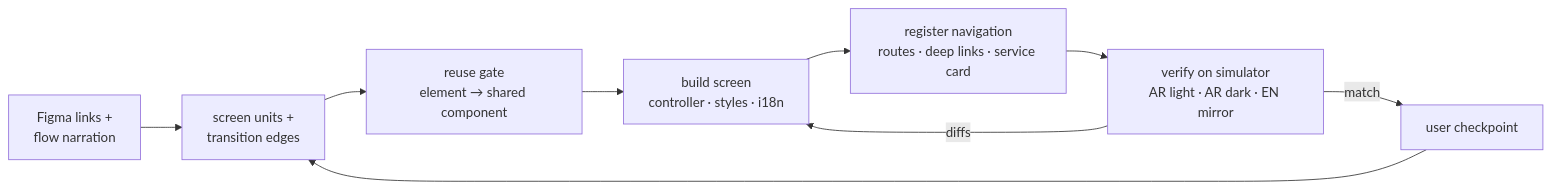
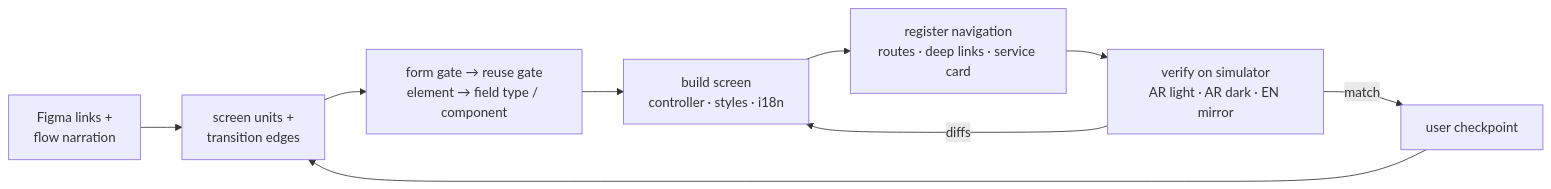
The second of 3 diagrams in README.md (Mkhira/react-clean-architecture), drawn with Mermaid before and after one commit. The commit also changed other lines of this file and 9 other files, not shown here.

````diff
--- a/README.md
+++ b/README.md
@@ -62,11 +62,11 @@
 ```mermaid
 flowchart LR
     A["Figma links +<br/>flow narration"] --> B["screen units +<br/>transition edges"]
-    B --> C["reuse gate<br/>element → shared component"]
+    B --> C["form gate → reuse gate<br/>element → field type / component"]
     C --> D["build screen<br/>controller · styles · i18n"]
     D --> E["register navigation<br/>routes · deep links · service card"]
     E --> F["verify on simulator<br/>AR light · AR dark · EN mirror"]
     F -->|diffs| D
     F -->|match| G["user checkpoint"]
     G --> B
 ```
````
